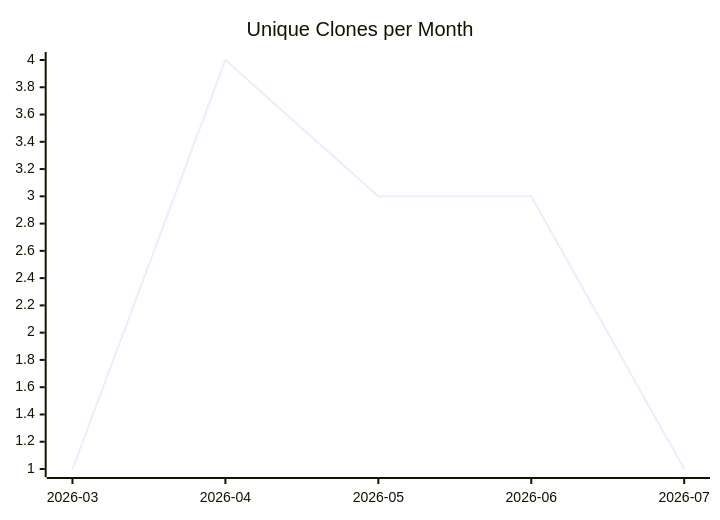
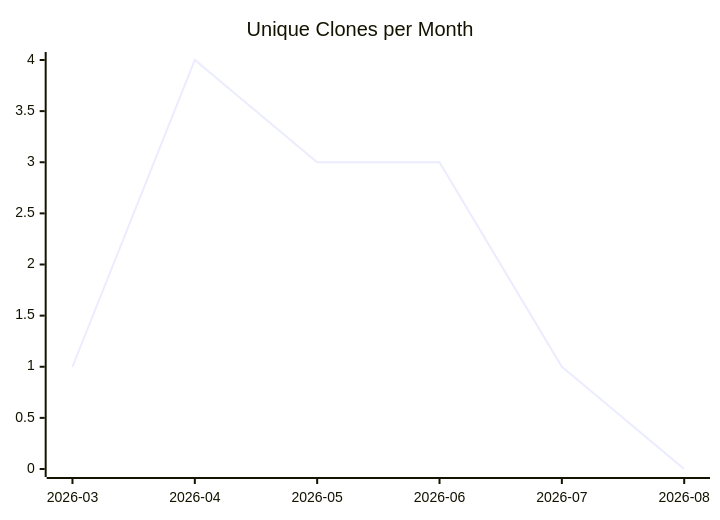
One commit to justdavis-family/github-analytics-data changed the third of 3 diagrams in karlmdavis/FHIR-Server/README.md. Above: the diagram before and after it, drawn with Mermaid. The commit also changed other lines of this file and 163 other files, not shown here.

````diff
--- a/karlmdavis/FHIR-Server/README.md
+++ b/karlmdavis/FHIR-Server/README.md
@@ -19,6 +19,6 @@
 ```mermaid
 xychart-beta
   title "Unique Clones per Month"
-  x-axis ["2026-03", "2026-04", "2026-05", "2026-06", "2026-07"]
-  line [1, 4, 3, 3, 1]
+  x-axis ["2026-03", "2026-04", "2026-05", "2026-06", "2026-07", "2026-08"]
+  line [1, 4, 3, 3, 1, 0]
 ```
````
